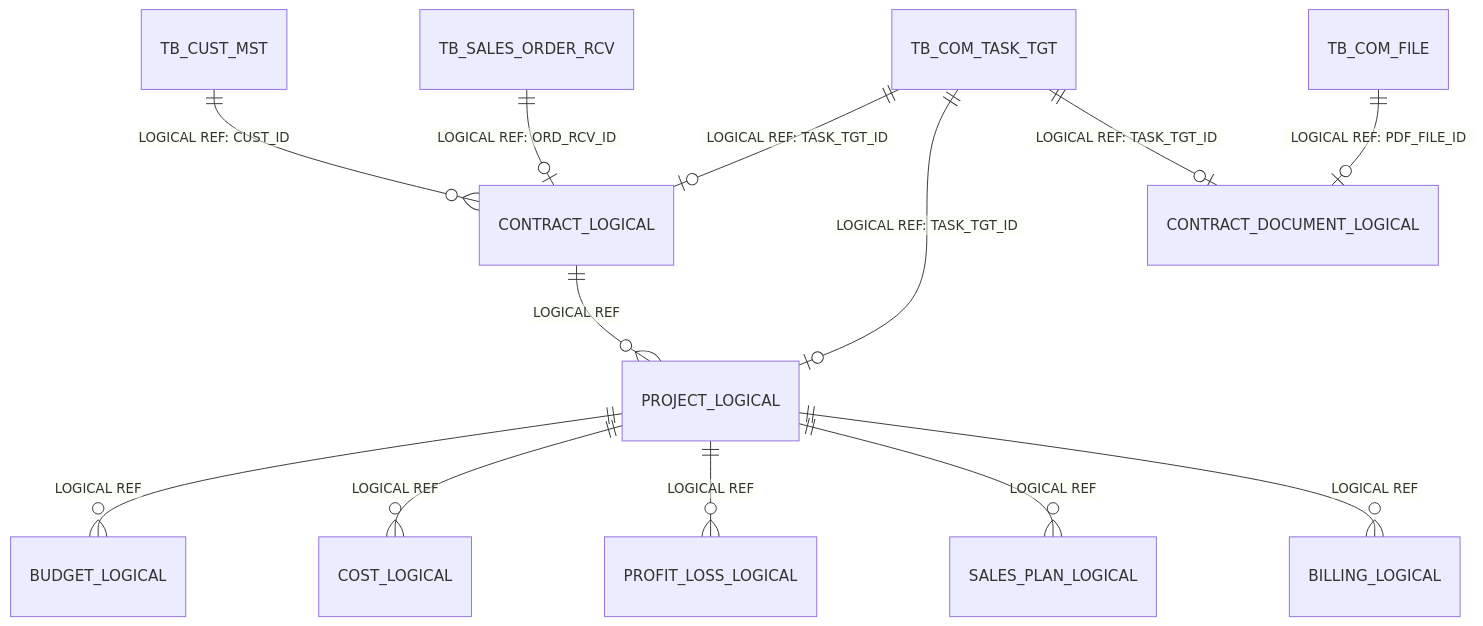
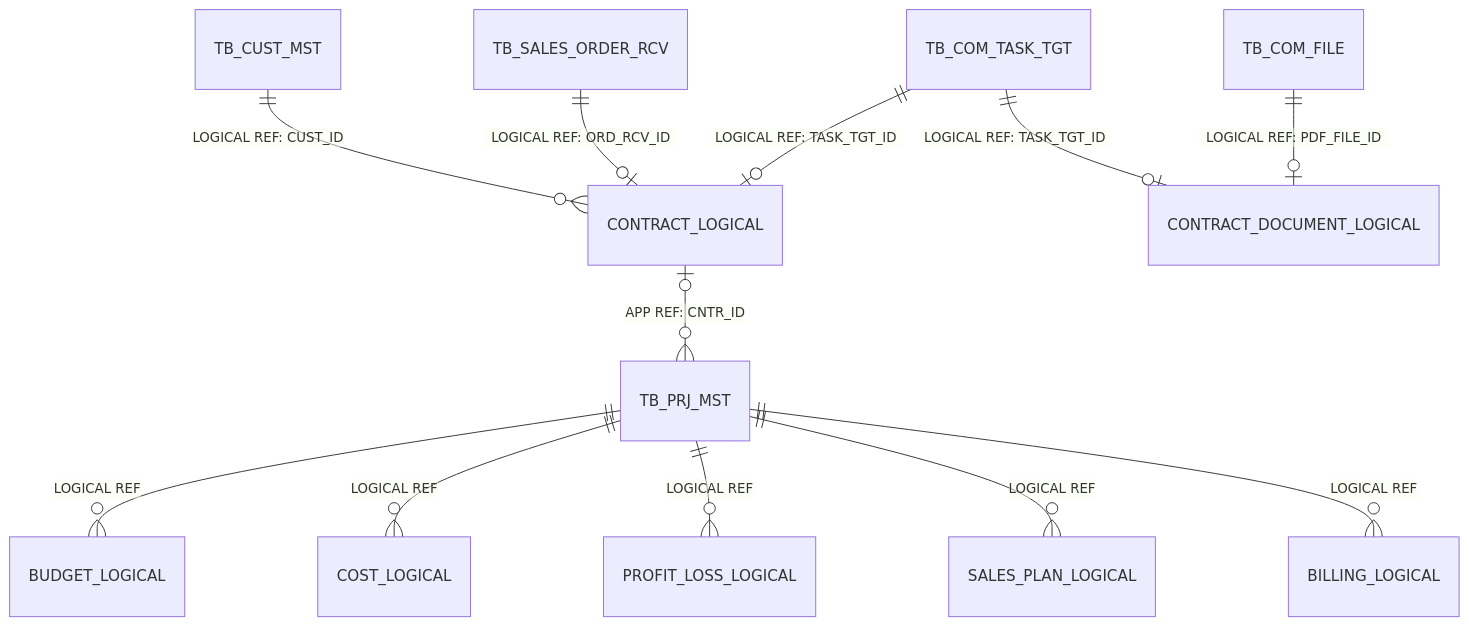
Before and after one commit to MrKkondae/business-management-system: the eighth of 8 diagrams in docs/02.architecture/02.data-architecture/04.model-diagrams/physical/00.overall-erd.md, drawn with Mermaid. The commit also changed other lines of this file and 22 other files, not shown here.

````diff
--- a/docs/02.architecture/02.data-architecture/04.model-diagrams/physical/00.overall-erd.md
+++ b/docs/02.architecture/02.data-architecture/04.model-diagrams/physical/00.overall-erd.md
@@ -127,15 +140,14 @@
 ```mermaid
 erDiagram
     TB_CUST_MST ||--o{ CONTRACT_LOGICAL : "LOGICAL REF: CUST_ID"
     TB_SALES_ORDER_RCV ||--o| CONTRACT_LOGICAL : "LOGICAL REF: ORD_RCV_ID"
-    CONTRACT_LOGICAL ||--o{ PROJECT_LOGICAL : "LOGICAL REF"
+    CONTRACT_LOGICAL o|--o{ TB_PRJ_MST : "APP REF: CNTR_ID"
     TB_COM_TASK_TGT ||--o| CONTRACT_LOGICAL : "LOGICAL REF: TASK_TGT_ID"
-    TB_COM_TASK_TGT ||--o| PROJECT_LOGICAL : "LOGICAL REF: TASK_TGT_ID"
     TB_COM_TASK_TGT ||--o| CONTRACT_DOCUMENT_LOGICAL : "LOGICAL REF: TASK_TGT_ID"
     TB_COM_FILE ||--o| CONTRACT_DOCUMENT_LOGICAL : "LOGICAL REF: PDF_FILE_ID"
-    PROJECT_LOGICAL ||--o{ BUDGET_LOGICAL : "LOGICAL REF"
-    PROJECT_LOGICAL ||--o{ COST_LOGICAL : "LOGICAL REF"
-    PROJECT_LOGICAL ||--o{ PROFIT_LOSS_LOGICAL : "LOGICAL REF"
-    PROJECT_LOGICAL ||--o{ SALES_PLAN_LOGICAL : "LOGICAL REF"
-    PROJECT_LOGICAL ||--o{ BILLING_LOGICAL : "LOGICAL REF"
+    TB_PRJ_MST ||--o{ BUDGET_LOGICAL : "LOGICAL REF"
+    TB_PRJ_MST ||--o{ COST_LOGICAL : "LOGICAL REF"
+    TB_PRJ_MST ||--o{ PROFIT_LOSS_LOGICAL : "LOGICAL REF"
+    TB_PRJ_MST ||--o{ SALES_PLAN_LOGICAL : "LOGICAL REF"
+    TB_PRJ_MST ||--o{ BILLING_LOGICAL : "LOGICAL REF"
 ```
````
